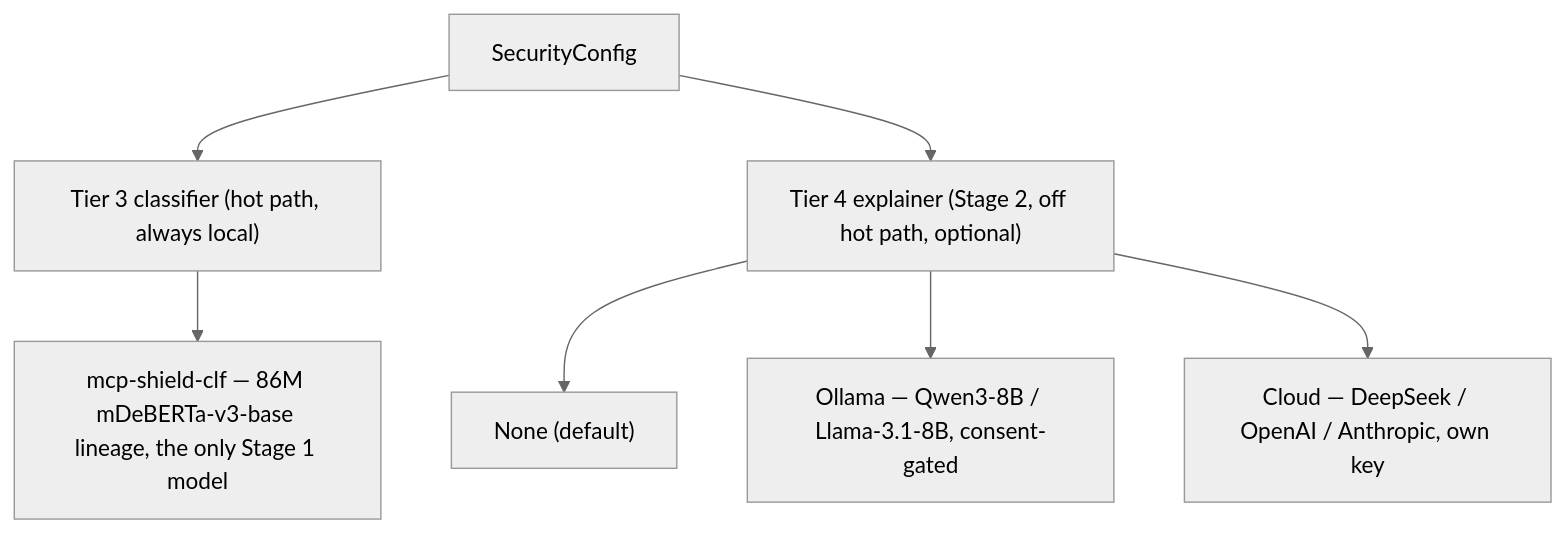
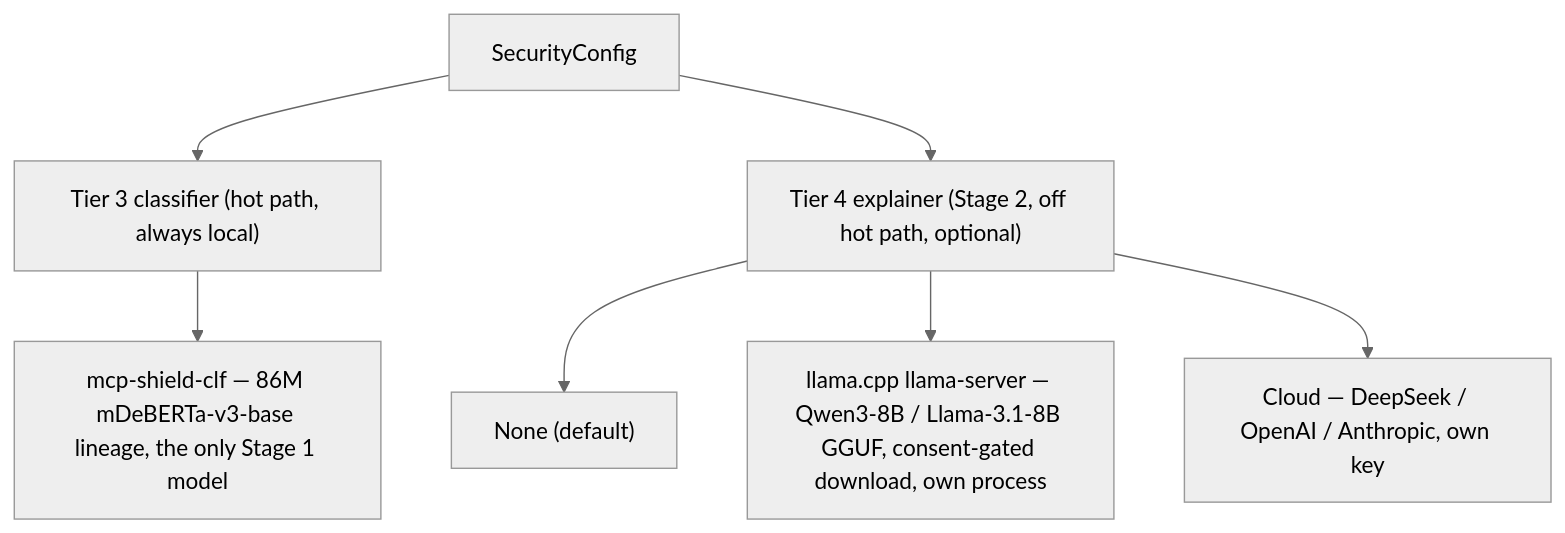
Before and after one commit to rishikeshvarma/MCP-Shield: the fourth of 5 diagrams in 07 - Model Distribution, PyPI Packaging & Local Dashboard.md, drawn with Mermaid (neutral theme). The commit also changed other lines of this file and 11 other files, not shown here.

````diff
--- a/07 - Model Distribution, PyPI Packaging & Local Dashboard.md
+++ b/07 - Model Distribution, PyPI Packaging & Local Dashboard.md
@@ -311,11 +316,11 @@
 ```mermaid
 graph TD
     Config["SecurityConfig"] --> T3["Tier 3 classifier (hot path, always local)"]
     Config --> T4["Tier 4 explainer (Stage 2, off hot path, optional)"]
 
     T3 --> C1["mcp-shield-clf — 86M mDeBERTa-v3-base lineage, the only Stage 1 model"]
 
     T4 --> E0["None (default)"]
-    T4 --> E1["Ollama — Qwen3-8B / Llama-3.1-8B, consent-gated"]
+    T4 --> E1["llama.cpp llama-server — Qwen3-8B / Llama-3.1-8B GGUF, consent-gated download, own process"]
     T4 --> E2["Cloud — DeepSeek / OpenAI / Anthropic, own key"]
 ```
````
